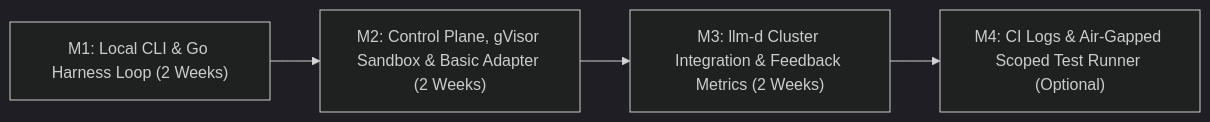
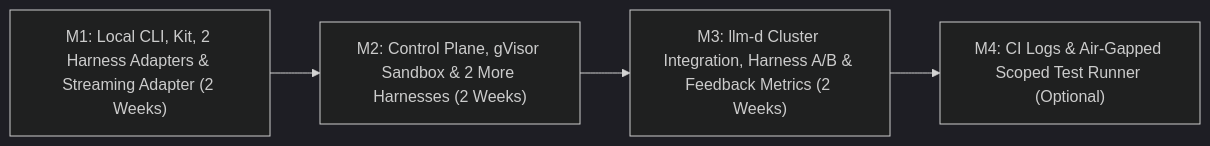
The seventh of 7 diagrams in docs/design/implementation-plan.md (zetxqx/review-agent-infra), drawn with Mermaid (dark theme) before and after one commit. The commit also changed other lines of this file and 7 other files, not shown here.

Commit message:
Redesign the platform as a Python stack with pluggable adapters around existing agent harnesses and a streaming inference adapter.

````diff
--- a/docs/design/implementation-plan.md
+++ b/docs/design/implementation-plan.md
@@ -1163,6 +2172,6 @@
 ```mermaid
 flowchart LR
-    M1["M1: Local CLI & Go Harness Loop (2 Weeks)"] --> M2["M2: Control Plane, gVisor Sandbox & Basic Adapter (2 Weeks)"]
-    M2 --> M3["M3: llm-d Cluster Integration & Feedback Metrics (2 Weeks)"]
+    M1["M1: Local CLI, Kit, 2 Harness Adapters & Streaming Adapter (2 Weeks)"] --> M2["M2: Control Plane, gVisor Sandbox & 2 More Harnesses (2 Weeks)"]
+    M2 --> M3["M3: llm-d Cluster Integration, Harness A/B & Feedback Metrics (2 Weeks)"]
     M3 --> M4["M4: CI Logs & Air-Gapped Scoped Test Runner (Optional)"]
 ```
````
